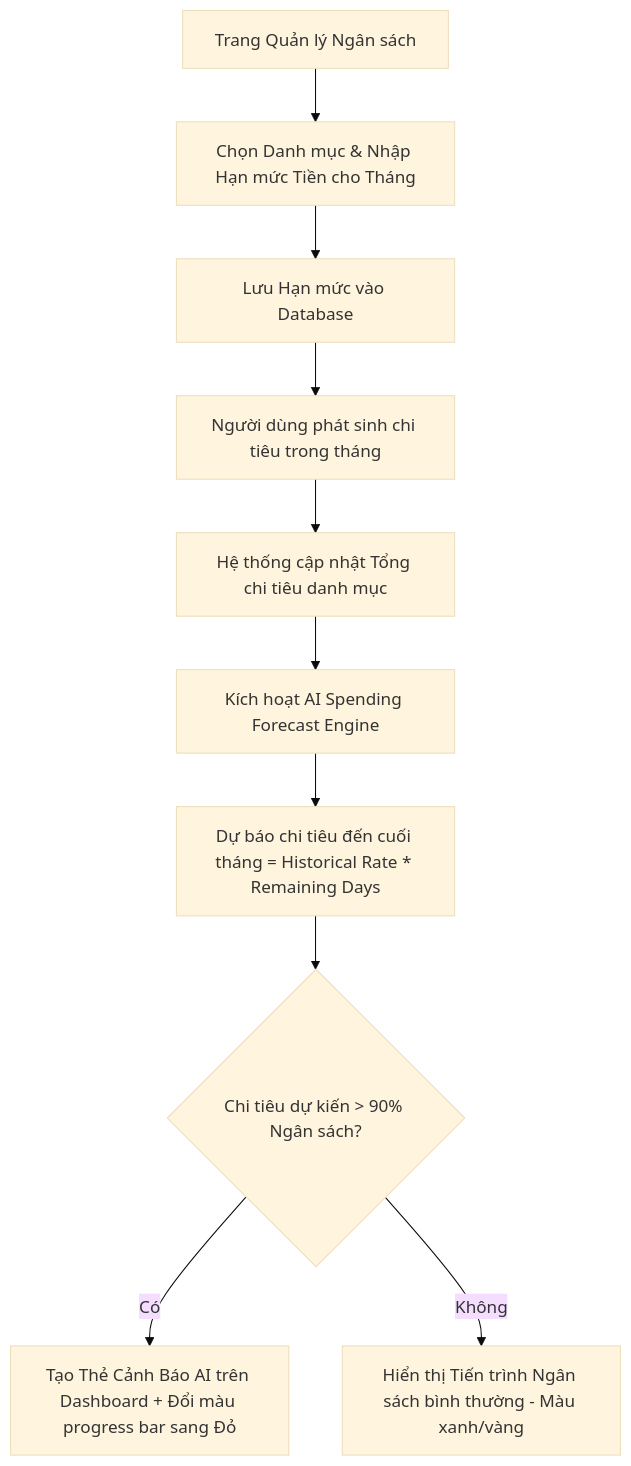
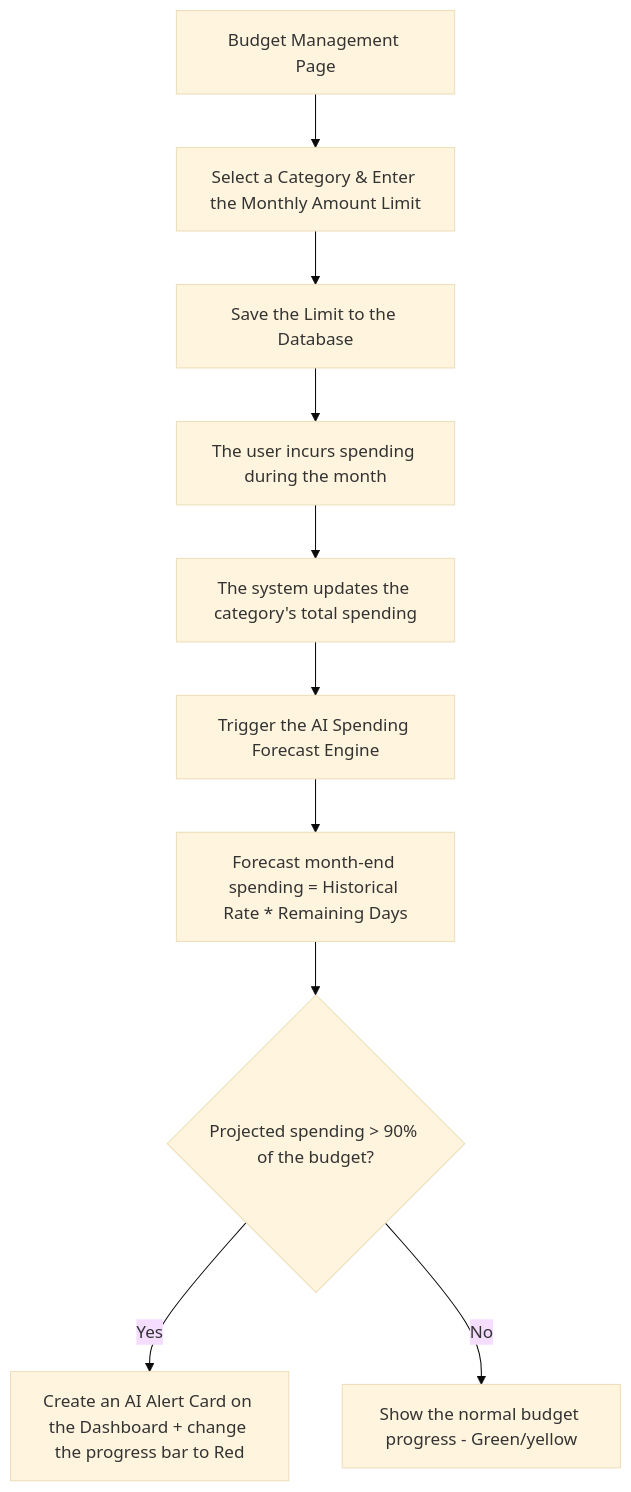
The third of 3 diagrams in docs/architecture/USER_FLOW.md (pie-12/budgetly), drawn with Mermaid (base theme) before and after one commit. The commit also changed other lines of this file and 10 other files, not shown here.

````diff
--- a/docs/architecture/USER_FLOW.md
+++ b/docs/architecture/USER_FLOW.md
@@ -68,16 +68,16 @@
 ```mermaid
 graph TD
-    A[Trang Quản lý Ngân sách] --> B[Chọn Danh mục & Nhập Hạn mức Tiền cho Tháng]
-    B --> C[Lưu Hạn mức vào Database]
+    A[Budget Management Page] --> B[Select a Category & Enter the Monthly Amount Limit]
+    B --> C[Save the Limit to the Database]
     
-    C --> D[Người dùng phát sinh chi tiêu trong tháng]
-    D --> E[Hệ thống cập nhật Tổng chi tiêu danh mục]
+    C --> D[The user incurs spending during the month]
+    D --> E[The system updates the category's total spending]
     
-    E --> F[Kích hoạt AI Spending Forecast Engine]
-    F --> G[Dự báo chi tiêu đến cuối tháng = Historical Rate * Remaining Days]
+    E --> F[Trigger the AI Spending Forecast Engine]
+    F --> G[Forecast month-end spending = Historical Rate * Remaining Days]
     
-    G --> H{Chi tiêu dự kiến > 90% Ngân sách?}
+    G --> H{Projected spending > 90% of the budget?}
     
-    H -->|Có| I[Tạo Thẻ Cảnh Báo AI trên Dashboard + Đổi màu progress bar sang Đỏ]
-    H -->|Không| J[Hiển thị Tiến trình Ngân sách bình thường - Màu xanh/vàng]
+    H -->|Yes| I[Create an AI Alert Card on the Dashboard + change the progress bar to Red]
+    H -->|No| J[Show the normal budget progress - Green/yellow]
 ```
````
